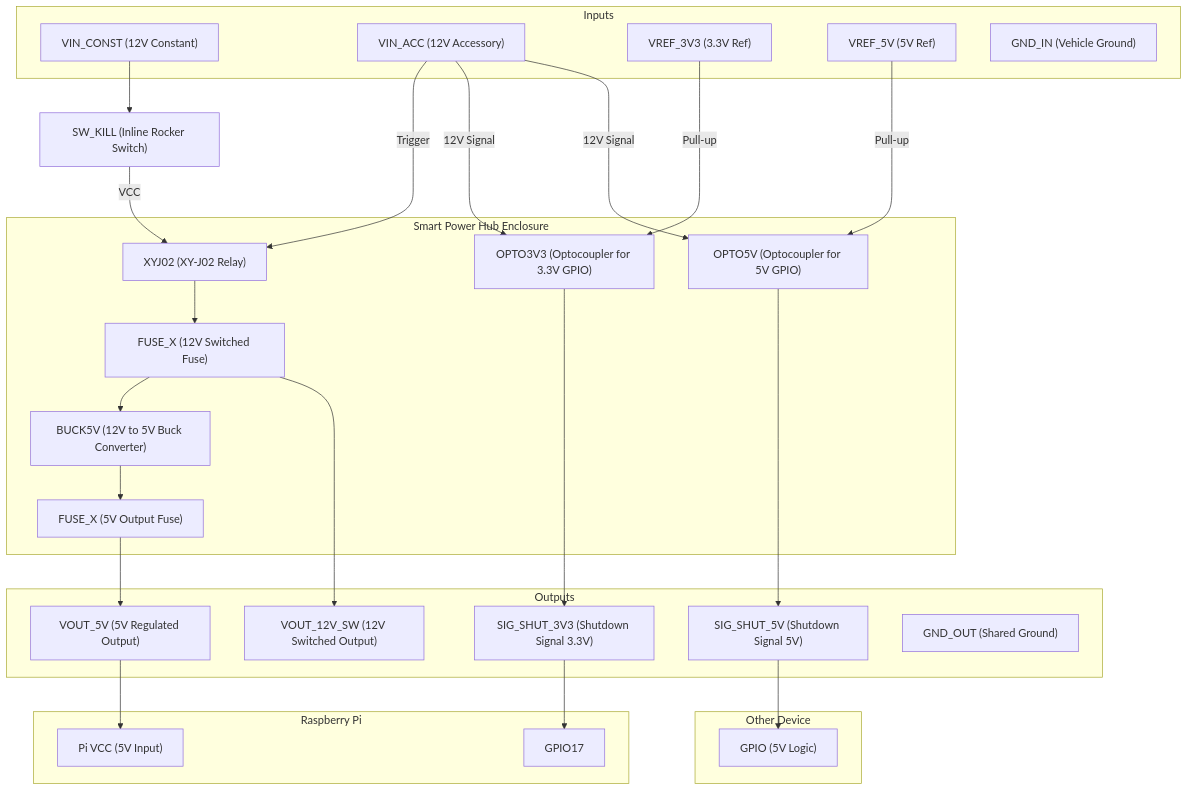
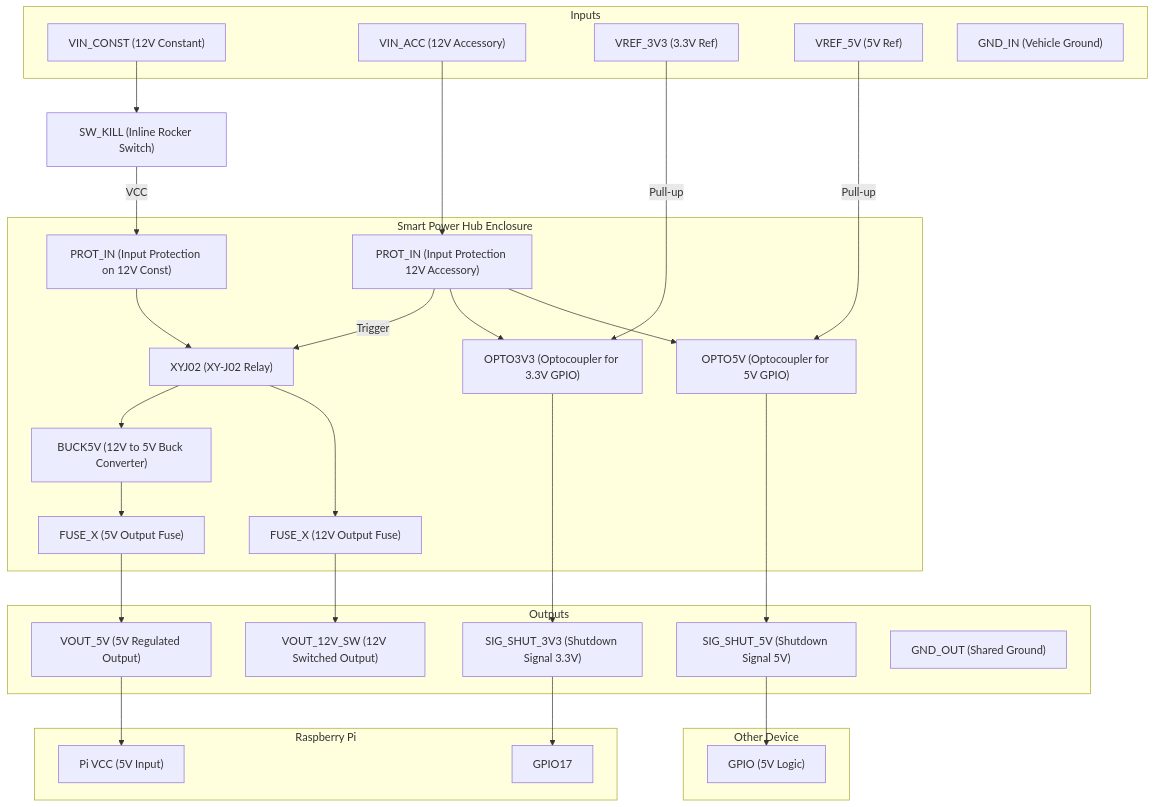
Before and after one commit to joshua-p-williams/DashForge: the first of 2 diagrams in docs/wiring/power.md, drawn with Mermaid. The commit also changed other lines of this file and 1 other file, not shown here.

Commit message:
Added commentary on power input protection

````diff
--- a/docs/wiring/power.md
+++ b/docs/wiring/power.md
@@ -80,60 +80,63 @@
 ```mermaid
 graph TD
     %% Inputs
     subgraph Inputs
         VIN_CONST["VIN_CONST (12V Constant)"]
         VIN_ACC["VIN_ACC (12V Accessory)"]
         VREF_3V3["VREF_3V3 (3.3V Ref)"]
         VREF_5V["VREF_5V (5V Ref)"]
         GND_IN["GND_IN (Vehicle Ground)"]
     end
 
     %% External Kill Switch
     VIN_CONST --> SW_KILL["SW_KILL (Inline Rocker Switch)"]
 
     %% Power Hub
     subgraph PowerHub["Smart Power Hub Enclosure"]
         XYJ02["XYJ02 (XY-J02 Relay)"]
-        FUSE_12V["FUSE_X (12V Switched Fuse)"]
+        PROT_IN_CONST["PROT_IN (Input Protection on 12V Const)"]
+        PROT_IN_ACC["PROT_IN (Input Protection 12V Accessory)"]
         BUCK5V["BUCK5V (12V to 5V Buck Converter)"]
         FUSE_5V["FUSE_X (5V Output Fuse)"]
+        FUSE_12V["FUSE_X (12V Output Fuse)"]
         OPTO3V3["OPTO3V3 (Optocoupler for 3.3V GPIO)"]
         OPTO5V["OPTO5V (Optocoupler for 5V GPIO)"]
     end
 
     %% Outputs
     subgraph Outputs
         VOUT_12V_SW["VOUT_12V_SW (12V Switched Output)"]
         VOUT_5V["VOUT_5V (5V Regulated Output)"]
         SIG_SHUT_3V3["SIG_SHUT_3V3 (Shutdown Signal 3.3V)"]
         SIG_SHUT_5V["SIG_SHUT_5V (Shutdown Signal 5V)"]
         GND_OUT["GND_OUT (Shared Ground)"]
     end
 
     %% Raspberry Pi
     subgraph RaspberryPi["Raspberry Pi"]
         GPIO17["GPIO17"]
         PiVCC["Pi VCC (5V Input)"]
     end
 
     %% Other Device
     subgraph OtherDevice["Other Device"]
         DeviceGPIO["GPIO (5V Logic)"]
     end
 
     %% Relay Power Chain
-    SW_KILL -->|VCC| XYJ02
-    VIN_ACC -->|Trigger| XYJ02
-    XYJ02 --> FUSE_12V --> BUCK5V --> FUSE_5V
-    FUSE_12V --> VOUT_12V_SW
+    SW_KILL -->|VCC| PROT_IN_CONST
+    PROT_IN_CONST --> XYJ02
+    VIN_ACC --> PROT_IN_ACC -->|Trigger| XYJ02
+    XYJ02 --> BUCK5V --> FUSE_5V
+    XYJ02 --> FUSE_12V --> VOUT_12V_SW
     FUSE_5V --> VOUT_5V
     VOUT_5V --> PiVCC
 
     %% Shutdown Signal Paths
-    VIN_ACC -->|12V Signal| OPTO3V3
+    PROT_IN_ACC --> OPTO3V3
     VREF_3V3 -->|Pull-up| OPTO3V3 --> SIG_SHUT_3V3 --> GPIO17
 
-    VIN_ACC -->|12V Signal| OPTO5V
+    PROT_IN_ACC --> OPTO5V
     VREF_5V -->|Pull-up| OPTO5V --> SIG_SHUT_5V --> DeviceGPIO
 
 ```
````
